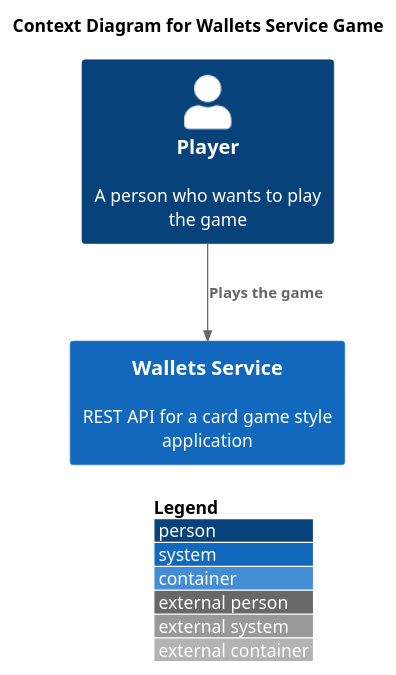
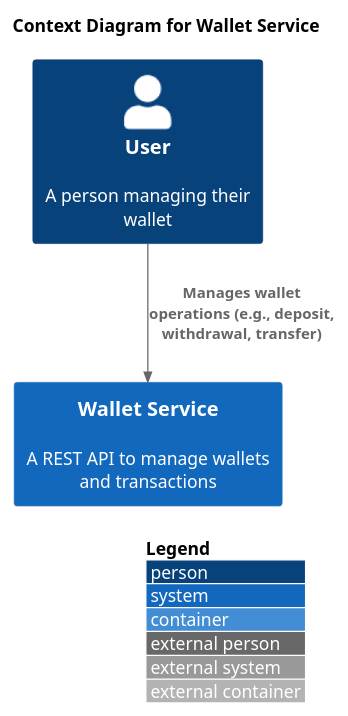
One commit to jtsato/wallet-service-java changed the diagram in docs/c4-model/01-Context-Diagram.puml. Above: the diagram before and after it, drawn with PlantUML. The commit also changed 2 other files, not shown here.

```diff
--- a/docs/c4-model/01-Context-Diagram.puml
+++ b/docs/c4-model/01-Context-Diagram.puml
@@ -1,18 +1,18 @@
 @startuml 01-ContextDiagram
 !include <C4/C4_Container>
 
 /' Level 1: System Context diagram
    A System Context diagram is a good starting point for diagramming and documenting a software system,
    allowing you to step back and see the big picture.
 '/
 
-title "Context Diagram for Wallets Service Game"
+title "Context Diagram for Wallet Service"
 
-Person(person, "Player", "A person who wants to play the game")
-System(walletservice, "Wallets Service", "REST API for a card game style application")
+Person(user, "User", "A person managing their wallet")
+System(walletservice, "Wallet Service", "A REST API to manage wallets and transactions")
 
-Rel(person, walletservice, "Plays the game")
+Rel(user, walletservice, "Manages wallet operations (e.g., deposit, withdrawal, transfer)")
 
 LAYOUT_WITH_LEGEND()
 
 @enduml
```
